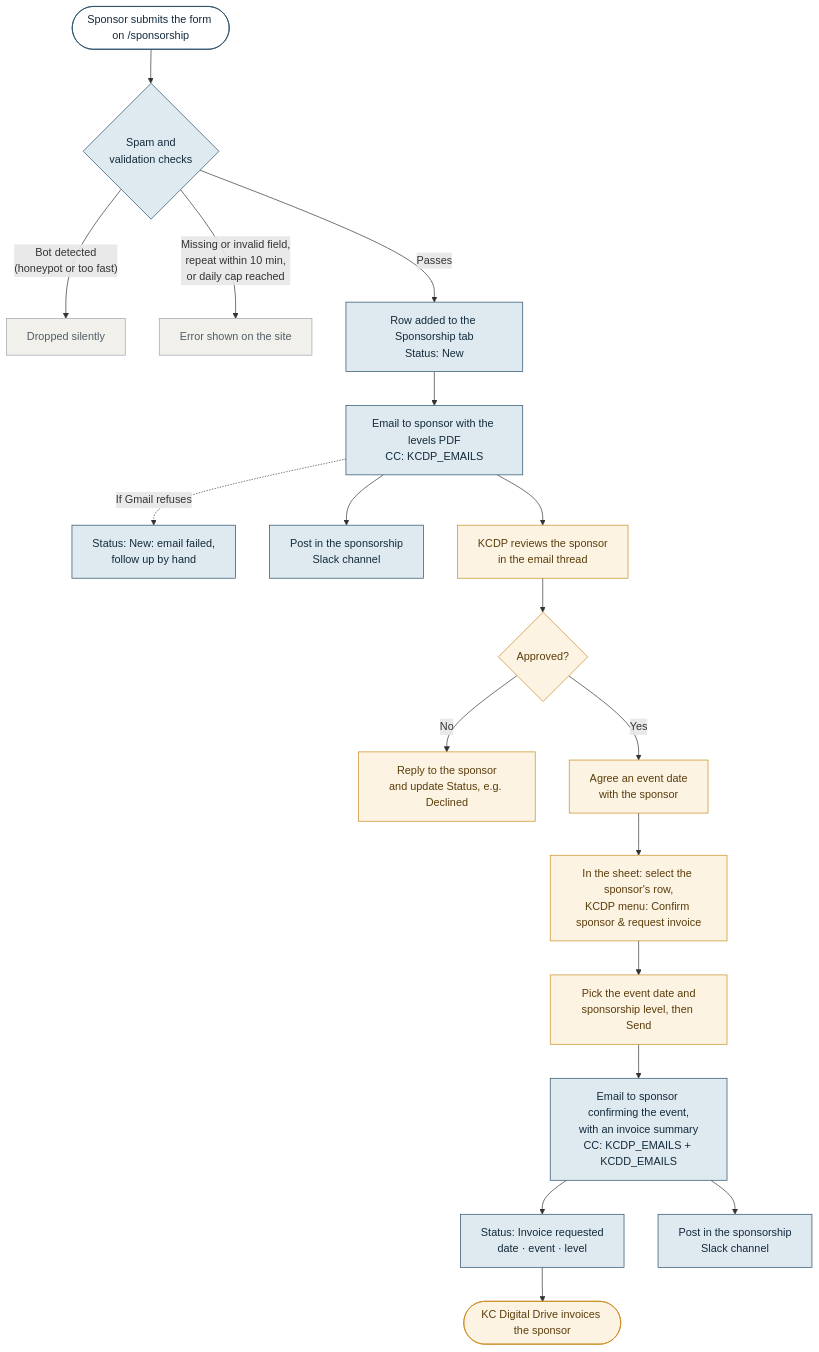
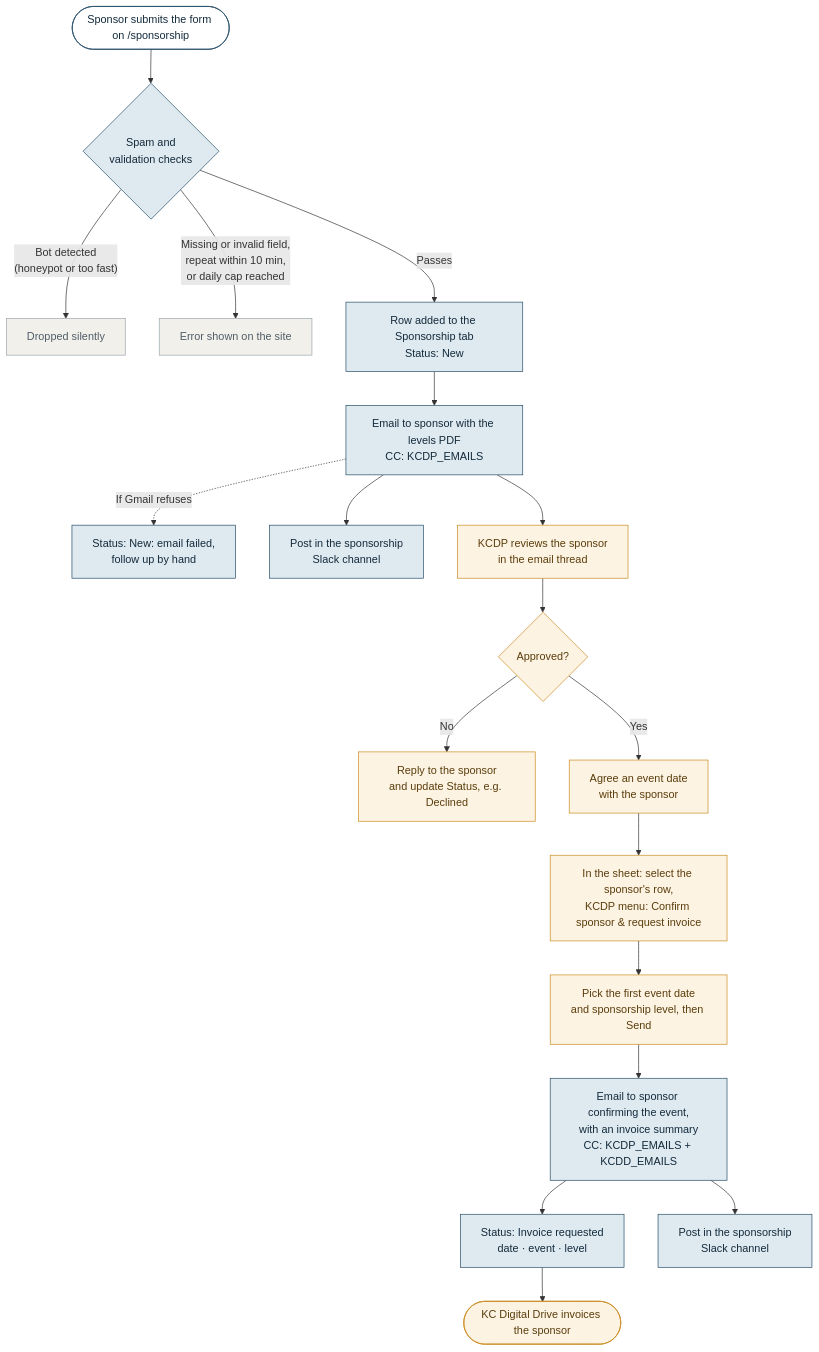
The first of 2 diagrams in docs/forms.md (da5idt/kcdataprofessionals_site), drawn with Mermaid before and after one commit. The commit also changed other lines of this file and 5 other files, not shown here.

First line of the commit message:
Center sponsorship on Bronze, Silver and Gold event levels

````diff
--- a/docs/forms.md
+++ b/docs/forms.md
@@ -42,29 +42,29 @@
 ```mermaid
 flowchart TD
     A([Sponsor submits the form on /sponsorship]) --> B{Spam and<br/>validation checks}
     B -- "Bot detected<br/>(honeypot or too fast)" --> X[Dropped silently]
     B -- "Missing or invalid field,<br/>repeat within 10 min,<br/>or daily cap reached" --> Y[Error shown on the site]
     B -- Passes --> C[Row added to the Sponsorship tab<br/>Status: New]
     C --> D["Email to sponsor with the levels PDF<br/>CC: KCDP_EMAILS"]
     D -. "If Gmail refuses" .-> D2[Status: New: email failed,<br/>follow up by hand]
     D --> S1[Post in the sponsorship<br/>Slack channel]
     D --> E[KCDP reviews the sponsor<br/>in the email thread]
     E --> F{Approved?}
     F -- No --> G[Reply to the sponsor<br/>and update Status, e.g. Declined]
     F -- Yes --> H[Agree an event date<br/>with the sponsor]
     H --> I["In the sheet: select the sponsor's row,<br/>KCDP menu: Confirm sponsor & request invoice"]
-    I --> J[Pick the event date and<br/>sponsorship level, then Send]
+    I --> J[Pick the first event date<br/>and sponsorship level, then Send]
     J --> K["Email to sponsor confirming the event,<br/>with an invoice summary<br/>CC: KCDP_EMAILS + KCDD_EMAILS"]
     K --> L["Status: Invoice requested<br/>date · event · level"]
     K --> S2[Post in the sponsorship<br/>Slack channel]
     L --> M([KC Digital Drive invoices the sponsor])
 
     classDef auto fill:#dfe9f0,stroke:#244c66,color:#132b3c
     classDef manual fill:#fdf3e2,stroke:#c98a1e,color:#5a3d0c
     classDef stop fill:#f2f0ea,stroke:#9aa5ad,color:#4f5d68
     classDef person fill:#ffffff,stroke:#244c66,color:#132b3c
     class A person
     class B,C,D,D2,K,L,S1,S2 auto
     class E,F,G,H,I,J,M manual
     class X,Y stop
 ```
````
